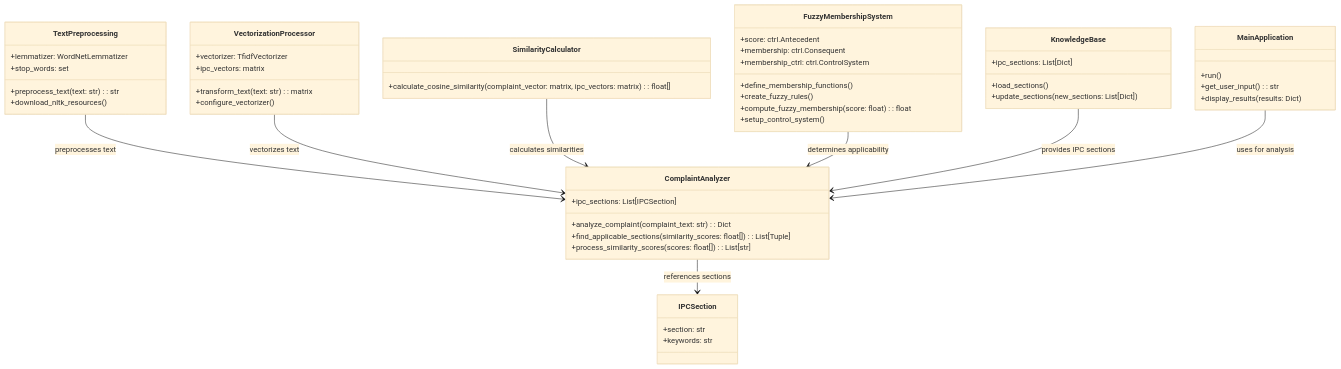
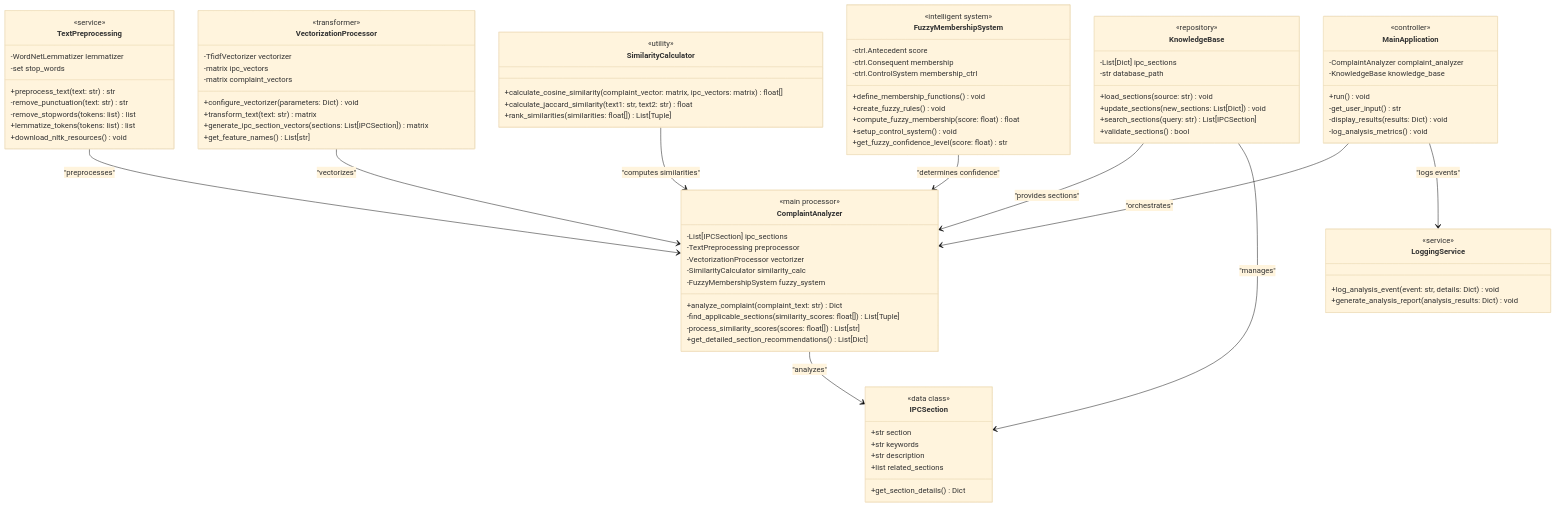
The diagram in complaint_analysis_system_uml.mmd (mradulnatani/Complaint-Analysis-System), drawn with Mermaid (base theme) before and after one commit.

```diff
--- a/complaint_analysis_system_uml.mmd
+++ b/complaint_analysis_system_uml.mmd
@@ -1,60 +1,99 @@
 classDiagram
     class IPCSection {
-        +section: str
-        +keywords: str
+        <<data class>>
+        +str section
+        +str keywords
+        +str description
+        +list related_sections
+        +get_section_details() Dict
     }
 
     class TextPreprocessing {
-        +lemmatizer: WordNetLemmatizer
-        +stop_words: set
-        +preprocess_text(text: str): str
-        +download_nltk_resources()
+        <<service>>
+        -WordNetLemmatizer lemmatizer
+        -set stop_words
+        +preprocess_text(text: str) str
+        -remove_punctuation(text: str) str
+        -remove_stopwords(tokens: list) list
+        +lemmatize_tokens(tokens: list) list
+        +download_nltk_resources() void
     }
 
     class VectorizationProcessor {
-        +vectorizer: TfidfVectorizer
-        +ipc_vectors: matrix
-        +transform_text(text: str): matrix
-        +configure_vectorizer()
+        <<transformer>>
+        -TfidfVectorizer vectorizer
+        -matrix ipc_vectors
+        -matrix complaint_vectors
+        +configure_vectorizer(parameters: Dict) void
+        +transform_text(text: str) matrix
+        +generate_ipc_section_vectors(sections: List[IPCSection]) matrix
+        +get_feature_names() List[str]
     }
 
     class SimilarityCalculator {
-        +calculate_cosine_similarity(complaint_vector: matrix, ipc_vectors: matrix): float[]
+        <<utility>>
+        +calculate_cosine_similarity(complaint_vector: matrix, ipc_vectors: matrix) float[]
+        +calculate_jaccard_similarity(text1: str, text2: str) float
+        +rank_similarities(similarities: float[]) List[Tuple]
     }
 
     class FuzzyMembershipSystem {
-        +score: ctrl.Antecedent
-        +membership: ctrl.Consequent
-        +membership_ctrl: ctrl.ControlSystem
-        +define_membership_functions()
-        +create_fuzzy_rules()
-        +compute_fuzzy_membership(score: float): float
-        +setup_control_system()
+        <<intelligent system>>
+        -ctrl.Antecedent score
+        -ctrl.Consequent membership
+        -ctrl.ControlSystem membership_ctrl
+        +define_membership_functions() void
+        +create_fuzzy_rules() void
+        +compute_fuzzy_membership(score: float) float
+        +setup_control_system() void
+        +get_fuzzy_confidence_level(score: float) str
     }
 
     class ComplaintAnalyzer {
-        +ipc_sections: List[IPCSection]
-        +analyze_complaint(complaint_text: str): Dict
-        +find_applicable_sections(similarity_scores: float[]): List[Tuple]
-        +process_similarity_scores(scores: float[]): List[str]
+        <<main processor>>
+        -List[IPCSection] ipc_sections
+        -TextPreprocessing preprocessor
+        -VectorizationProcessor vectorizer
+        -SimilarityCalculator similarity_calc
+        -FuzzyMembershipSystem fuzzy_system
+        +analyze_complaint(complaint_text: str) Dict
+        -find_applicable_sections(similarity_scores: float[]) List[Tuple]
+        -process_similarity_scores(scores: float[]) List[str]
+        +get_detailed_section_recommendations() List[Dict]
+    }
+
+    class KnowledgeBase {
+        <<repository>>
+        -List[Dict] ipc_sections
+        -str database_path
+        +load_sections(source: str) void
+        +update_sections(new_sections: List[Dict]) void
+        +search_sections(query: str) List[IPCSection]
+        +validate_sections() bool
     }
 
     class MainApplication {
-        +run()
-        +get_user_input(): str
-        +display_results(results: Dict)
+        <<controller>>
+        -ComplaintAnalyzer complaint_analyzer
+        -KnowledgeBase knowledge_base
+        +run() void
+        -get_user_input() str
+        -display_results(results: Dict) void
+        -log_analysis_metrics() void
     }
 
-    class KnowledgeBase {
-        +ipc_sections: List[Dict]
-        +load_sections()
-        +update_sections(new_sections: List[Dict])
+    class LoggingService {
+        <<service>>
+        +log_analysis_event(event: str, details: Dict) void
+        +generate_analysis_report(analysis_results: Dict) void
     }
 
-    TextPreprocessing --> ComplaintAnalyzer: preprocesses text
-    VectorizationProcessor --> ComplaintAnalyzer: vectorizes text
-    SimilarityCalculator --> ComplaintAnalyzer: calculates similarities
-    FuzzyMembershipSystem --> ComplaintAnalyzer: determines applicability
-    ComplaintAnalyzer --> IPCSection: references sections
-    KnowledgeBase --> ComplaintAnalyzer: provides IPC sections
-    MainApplication --> ComplaintAnalyzer: uses for analysis
+    TextPreprocessing --> ComplaintAnalyzer: "preprocesses"
+    VectorizationProcessor --> ComplaintAnalyzer: "vectorizes"
+    SimilarityCalculator --> ComplaintAnalyzer: "computes similarities"
+    FuzzyMembershipSystem --> ComplaintAnalyzer: "determines confidence"
+    ComplaintAnalyzer --> IPCSection: "analyzes"
+    KnowledgeBase --> ComplaintAnalyzer: "provides sections"
+    MainApplication --> ComplaintAnalyzer: "orchestrates"
+    MainApplication --> LoggingService: "logs events"
+    KnowledgeBase --> IPCSection: "manages"
```
